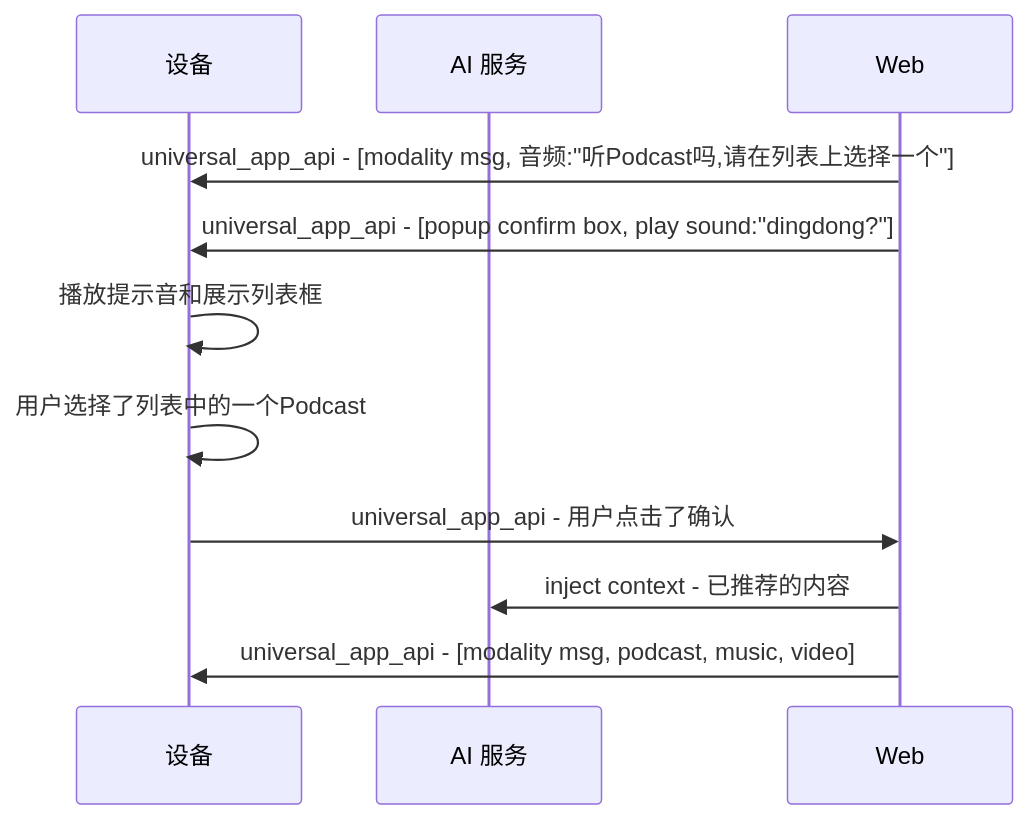
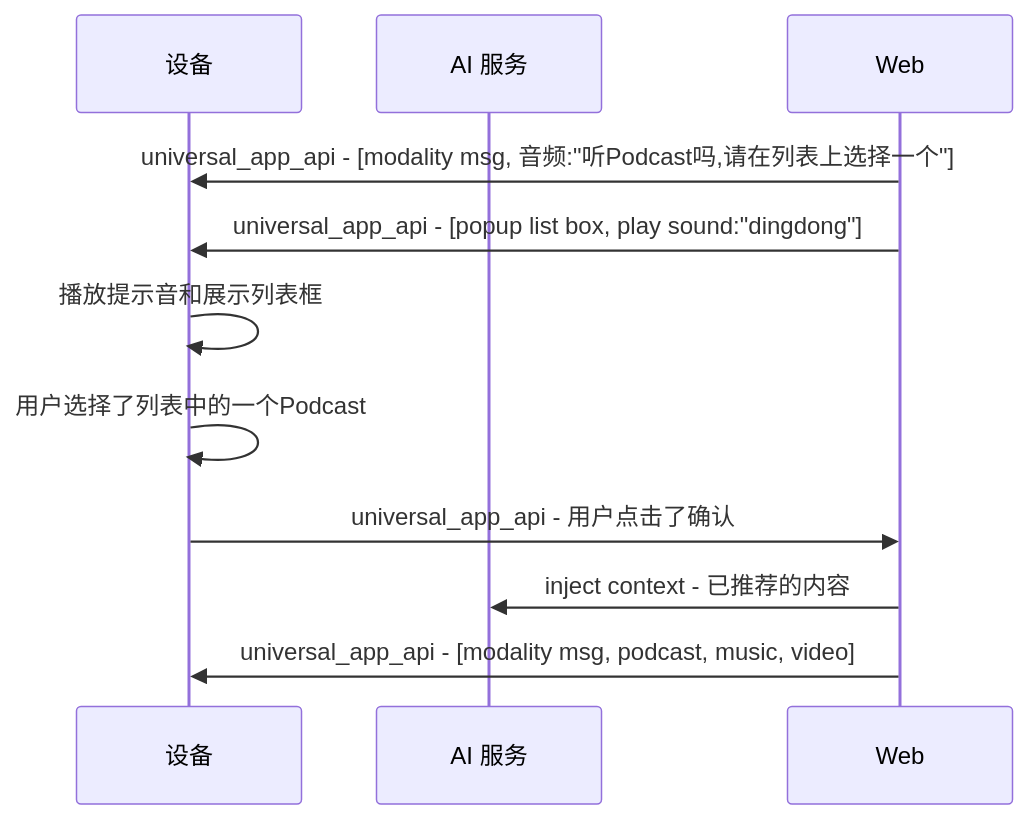
Before and after one commit to shaojun/open_docs: the third of 9 diagrams in projects/commercial/USER_STORY.md, drawn with Mermaid.

````diff
--- a/projects/commercial/USER_STORY.md
+++ b/projects/commercial/USER_STORY.md
@@ -37,12 +37,12 @@
 ```mermaid
 sequenceDiagram
     participant Device as 设备
     participant AIService as AI 服务
     Web->>Device: universal_app_api - [modality msg, 音频:"听Podcast吗,请在列表上选择一个"] 
-    Web->>Device: universal_app_api - [popup confirm box, play sound:"dingdong?"]
+    Web->>Device: universal_app_api - [popup list box, play sound:"dingdong"]
     Device->>Device: 播放提示音和展示列表框
     Device->>Device: 用户选择了列表中的一个Podcast
     Device->>Web: universal_app_api - 用户点击了确认
     Web->>AIService: inject context - 已推荐的内容  
     Web->>Device: universal_app_api - [modality msg, podcast, music, video]
 ```
````
